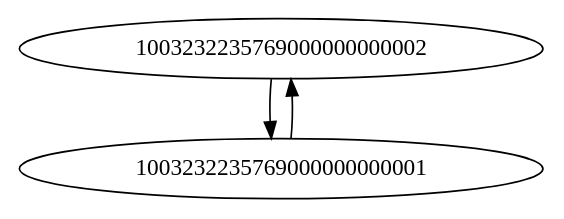
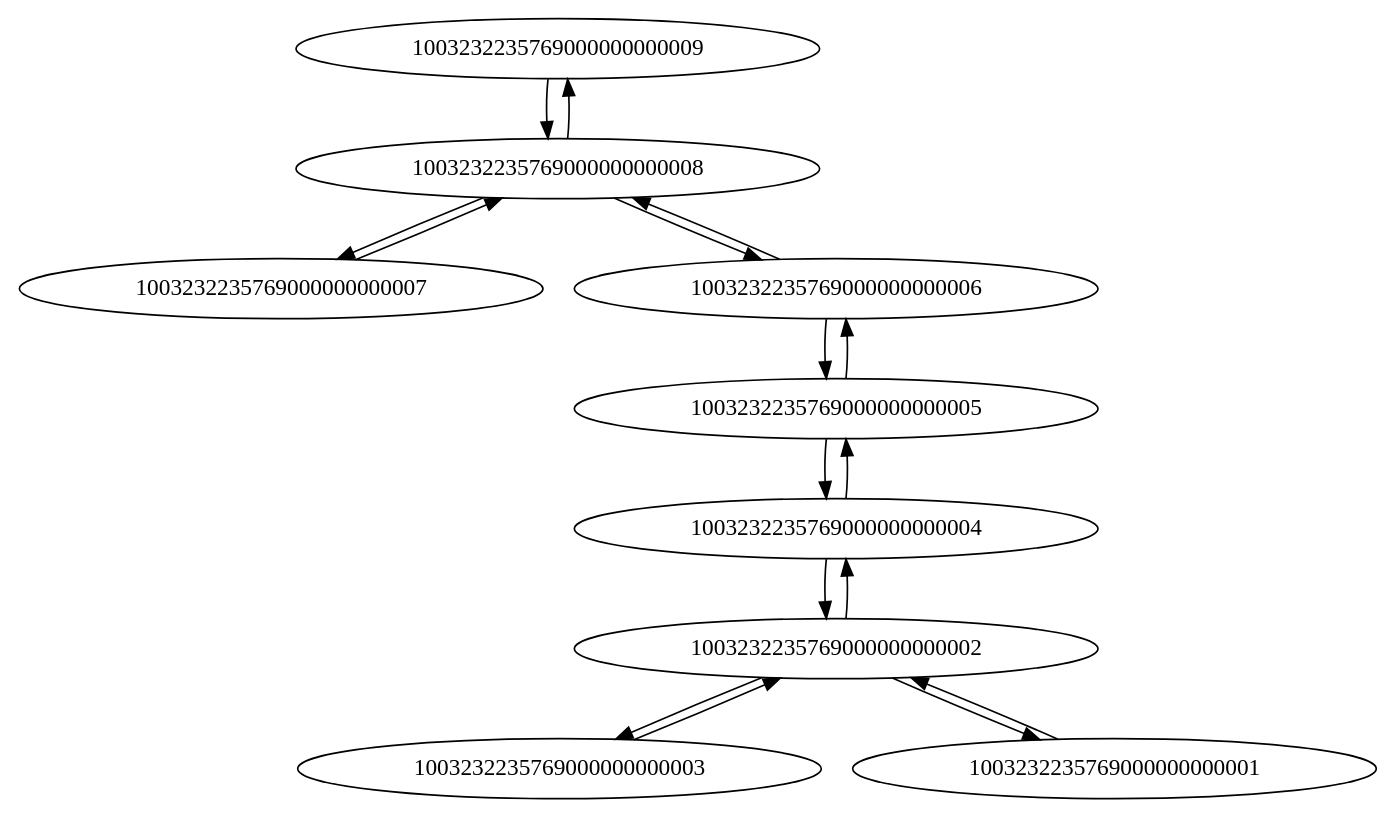
One commit to BSpendlove/sr-te-controller changed the diagram in sdncontroller/test.gv. Above: the diagram before and after it, drawn with Graphviz. The commit also changed 4 other files, not shown here.

```diff
--- a/sdncontroller/test.gv
+++ b/sdncontroller/test.gv
@@ -1,4 +1,18 @@
-strict digraph G {
+digraph G {
+	1003232235769000000000009 -> 1003232235769000000000008
+	1003232235769000000000008 -> 1003232235769000000000009
+	1003232235769000000000008 -> 1003232235769000000000007
+	1003232235769000000000008 -> 1003232235769000000000006
+	1003232235769000000000007 -> 1003232235769000000000008
+	1003232235769000000000006 -> 1003232235769000000000008
+	1003232235769000000000006 -> 1003232235769000000000005
+	1003232235769000000000005 -> 1003232235769000000000006
+	1003232235769000000000005 -> 1003232235769000000000004
+	1003232235769000000000004 -> 1003232235769000000000002
+	1003232235769000000000004 -> 1003232235769000000000005
+	1003232235769000000000002 -> 1003232235769000000000003
+	1003232235769000000000002 -> 1003232235769000000000004
 	1003232235769000000000002 -> 1003232235769000000000001
+	1003232235769000000000003 -> 1003232235769000000000002
 	1003232235769000000000001 -> 1003232235769000000000002
 }
```
